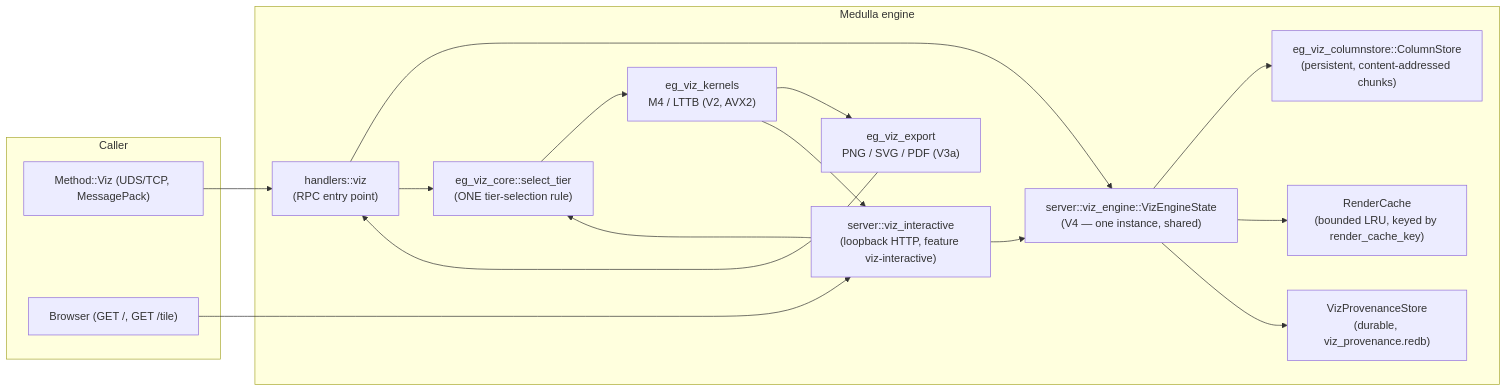
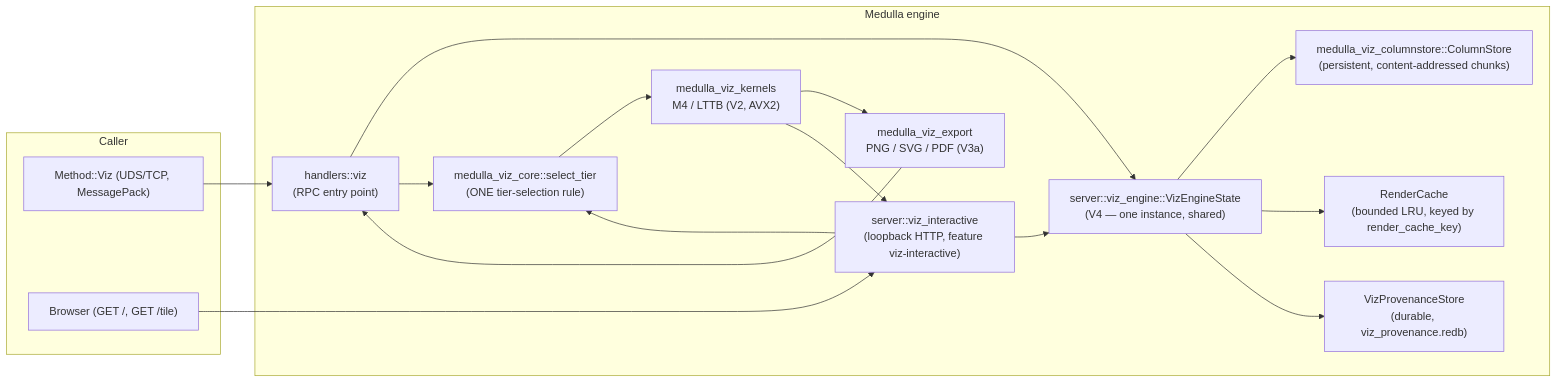
Before and after one commit to Knuckles-Team/epistemic-graph: the first of 2 diagrams in docs/architecture/native_visualization.md, drawn with Mermaid. The commit also changed other lines of this file and 5990 other files, not shown here.

First line of the commit message:
refactor!: rename epistemic-graph to medulla end to end (hard cutover)

````diff
--- a/docs/architecture/native_visualization.md
+++ b/docs/architecture/native_visualization.md
@@ -40,33 +40,33 @@
 ```mermaid
 flowchart LR
     subgraph Caller
         RPC["Method::Viz (UDS/TCP, MessagePack)"]
         Browser["Browser (GET /, GET /tile)"]
     end
 
     subgraph Engine["Medulla engine"]
         Handler["handlers::viz\n(RPC entry point)"]
         Interactive["server::viz_interactive\n(loopback HTTP, feature viz-interactive)"]
         EngineState["server::viz_engine::VizEngineState\n(V4 — one instance, shared)"]
-        Store["eg_viz_columnstore::ColumnStore\n(persistent, content-addressed chunks)"]
+        Store["medulla_viz_columnstore::ColumnStore\n(persistent, content-addressed chunks)"]
         Cache["RenderCache\n(bounded LRU, keyed by render_cache_key)"]
         Provenance["VizProvenanceStore\n(durable, viz_provenance.redb)"]
-        SelectTier["eg_viz_core::select_tier\n(ONE tier-selection rule)"]
-        Kernels["eg_viz_kernels\nM4 / LTTB (V2, AVX2)"]
-        Export["eg_viz_export\nPNG / SVG / PDF (V3a)"]
+        SelectTier["medulla_viz_core::select_tier\n(ONE tier-selection rule)"]
+        Kernels["medulla_viz_kernels\nM4 / LTTB (V2, AVX2)"]
+        Export["medulla_viz_export\nPNG / SVG / PDF (V3a)"]
     end
 
     RPC --> Handler
     Browser --> Interactive
     Handler --> EngineState
     Interactive --> EngineState
     EngineState --> Store
     EngineState --> Cache
     EngineState --> Provenance
     Handler --> SelectTier
     Interactive --> SelectTier
     SelectTier --> Kernels
     Kernels --> Export
     Export --> Handler
     Kernels --> Interactive
 ```
````
